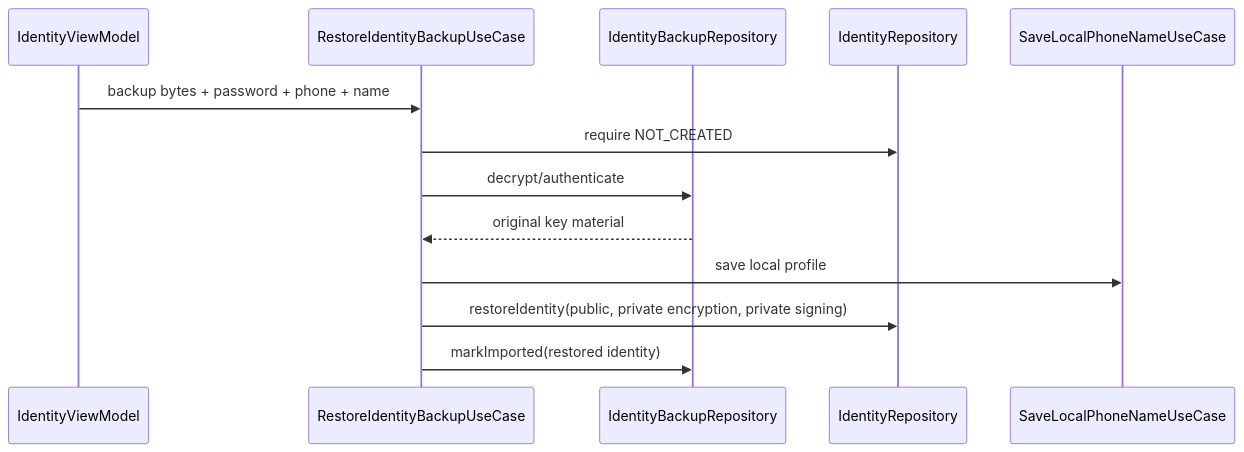
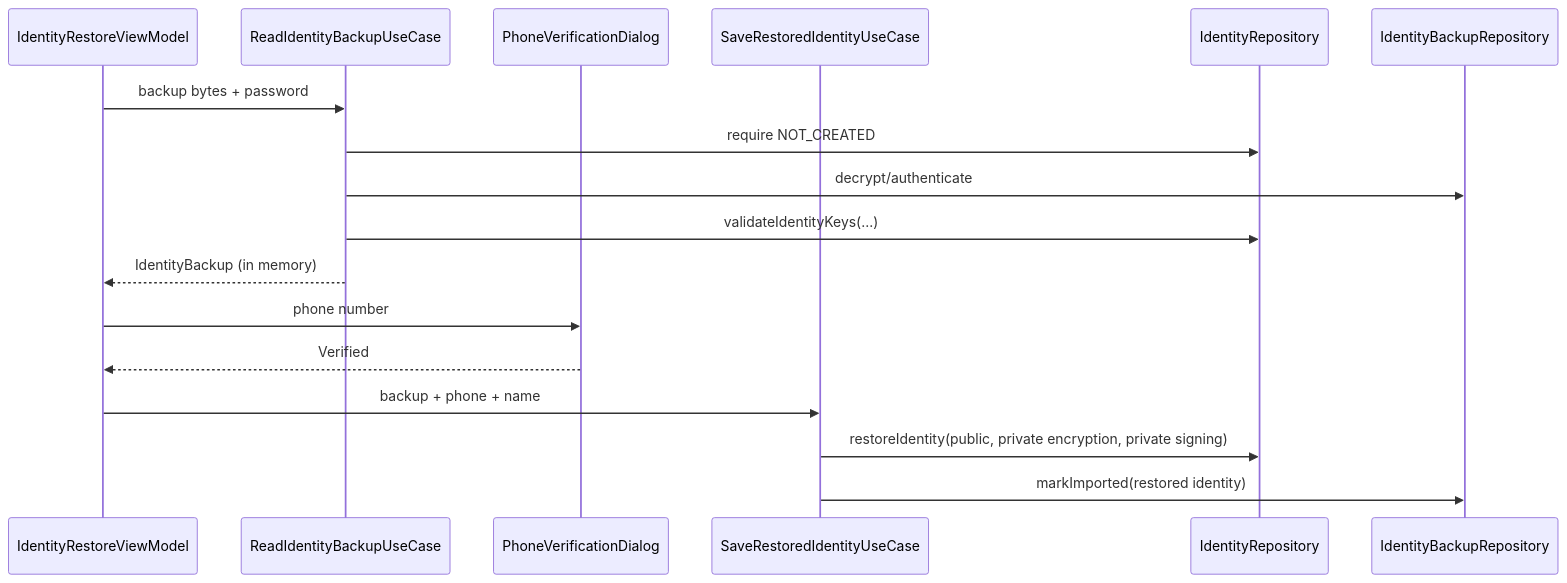
Before and after one commit to cbgm/Sparrow: the second of 3 diagrams in docs/features/identity-recovery.md, drawn with Mermaid. The commit also changed other lines of this file and 102 other files, not shown here.

````diff
--- a/docs/features/identity-recovery.md
+++ b/docs/features/identity-recovery.md
@@ -61,16 +78,20 @@
 ```mermaid
 sequenceDiagram
-    participant UI as IdentityViewModel
-    participant REST as RestoreIdentityBackupUseCase
+    participant UI as IdentityRestoreViewModel
+    participant READ as ReadIdentityBackupUseCase
+    participant VER as PhoneVerificationDialog
+    participant SAVE as SaveRestoredIdentityUseCase
+    participant ID as IdentityRepository
     participant CODEC as IdentityBackupRepository
-    participant ID as IdentityRepository
-    participant PROFILE as SaveLocalPhoneNameUseCase
 
-    UI->>REST: backup bytes + password + phone + name
-    REST->>ID: require NOT_CREATED
-    REST->>CODEC: decrypt/authenticate
-    CODEC-->>REST: original key material
-    REST->>PROFILE: save local profile
-    REST->>ID: restoreIdentity(public, private encryption, private signing)
-    REST->>CODEC: markImported(restored identity)
+    UI->>READ: backup bytes + password
+    READ->>ID: require NOT_CREATED
+    READ->>CODEC: decrypt/authenticate
+    READ->>ID: validateIdentityKeys(...)
+    READ-->>UI: IdentityBackup (in memory)
+    UI->>VER: phone number
+    VER-->>UI: Verified
+    UI->>SAVE: backup + phone + name
+    SAVE->>ID: restoreIdentity(public, private encryption, private signing)
+    SAVE->>CODEC: markImported(restored identity)
 ```
````
